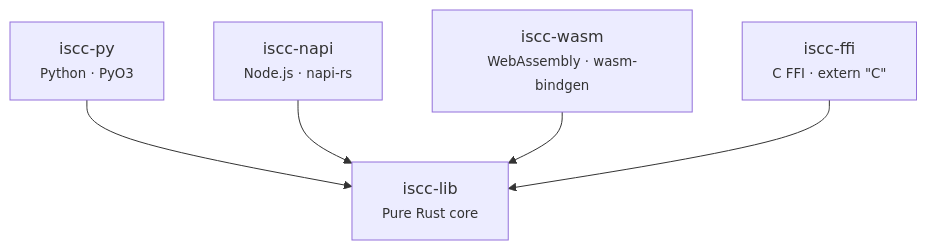
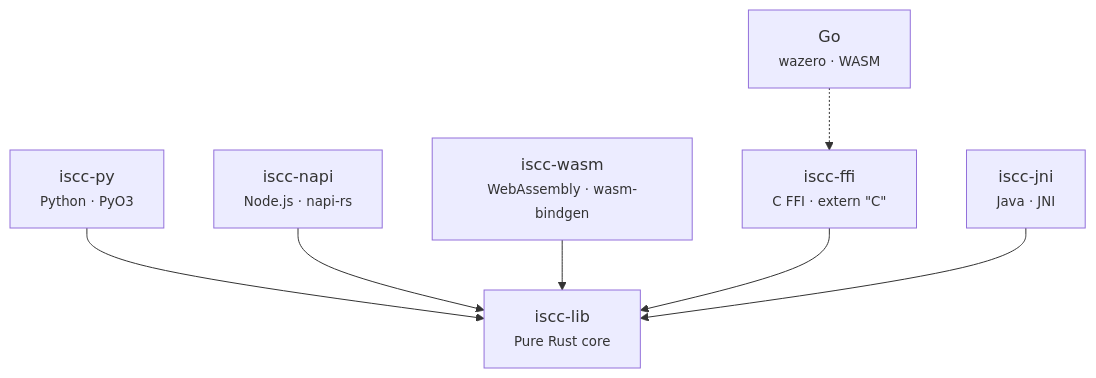
One commit to iscc/iscc-lib changed the diagram in docs/architecture.md. Above: the diagram before and after it, drawn with Mermaid. The commit also changed other lines of this file and 3 other files, not shown here.

Commit message:
cid(advance): Update architecture and development docs for JNI and Go bindings

````diff
--- a/docs/architecture.md
+++ b/docs/architecture.md
@@ -19,7 +19,9 @@
 ```mermaid
 graph TD
     PY["iscc-py<br/><small>Python · PyO3</small>"] --> CORE["iscc-lib<br/><small>Pure Rust core</small>"]
     NAPI["iscc-napi<br/><small>Node.js · napi-rs</small>"] --> CORE
     WASM["iscc-wasm<br/><small>WebAssembly · wasm-bindgen</small>"] --> CORE
     FFI["iscc-ffi<br/><small>C FFI · extern &quot;C&quot;</small>"] --> CORE
+    JNI["iscc-jni<br/><small>Java · JNI</small>"] --> CORE
+    GO["Go<br/><small>wazero · WASM</small>"] -.-> FFI
 ```
````
